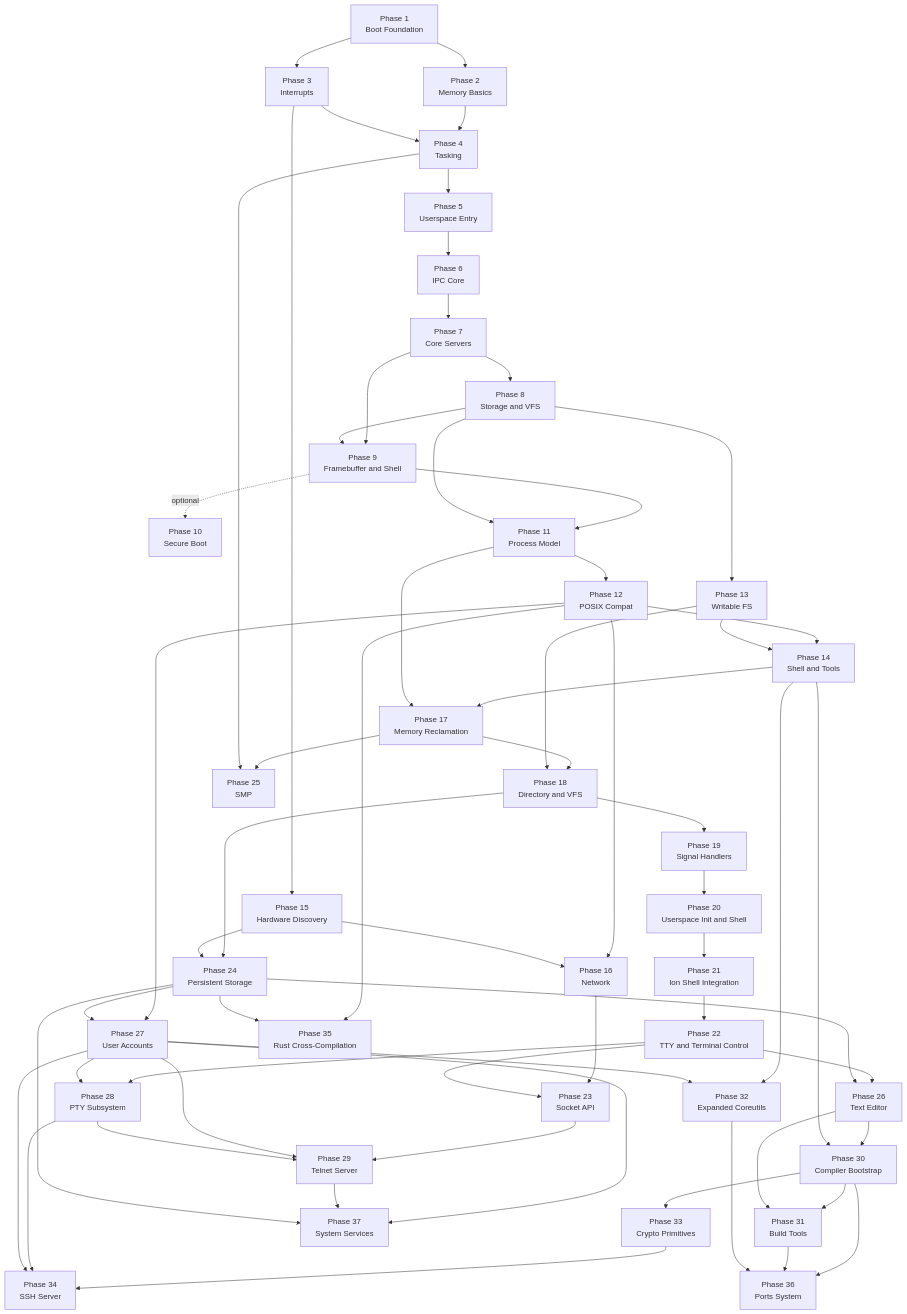
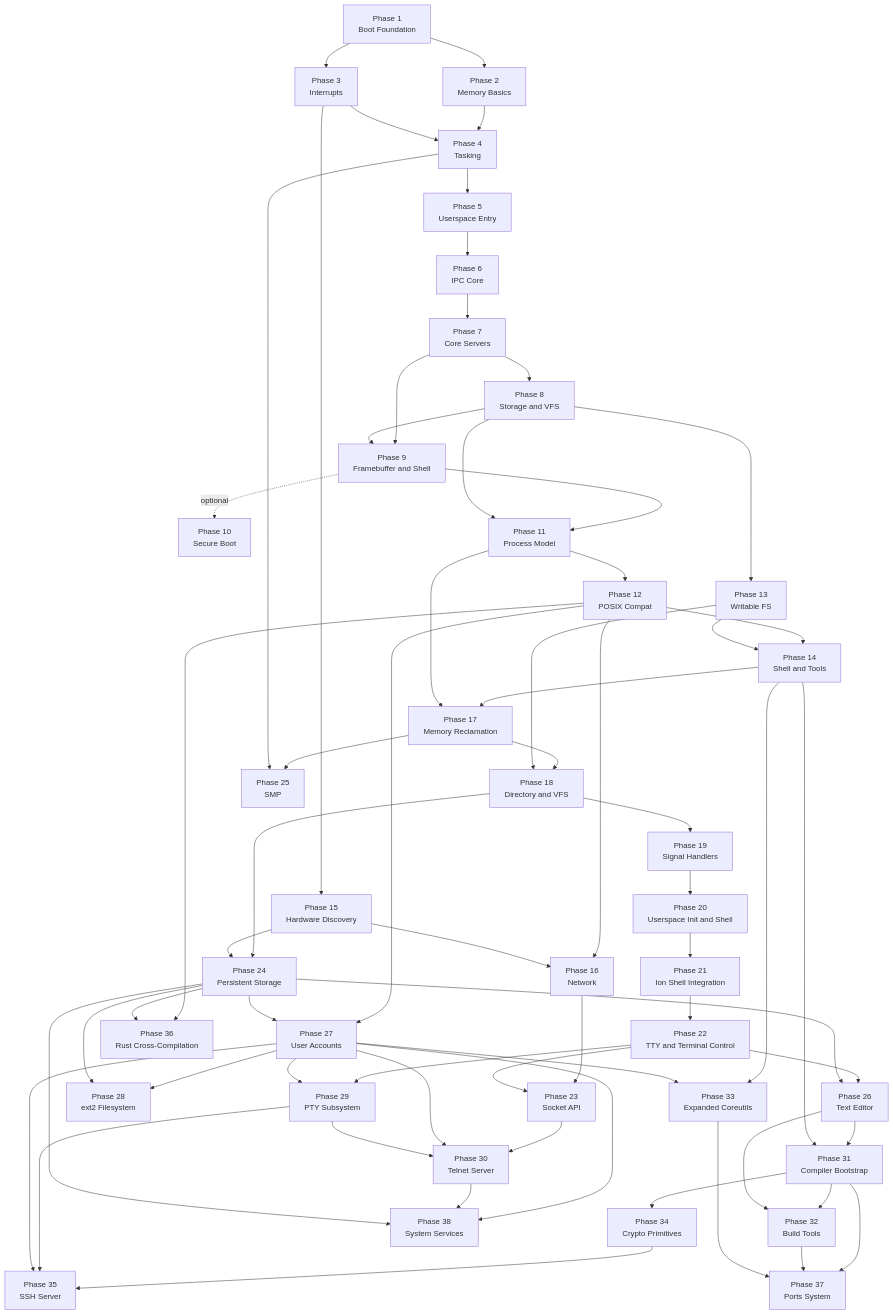
Before and after one commit to mikecubed/m3OS: the first of 2 diagrams in docs/roadmap/README.md, drawn with Mermaid. The commit also changed other lines of this file and 15 other files, not shown here.

First line of the commit message:
docs: Insert Phase 28 (ext2) and renumber Phases 28-37 → 29-38

````diff
--- a/docs/roadmap/README.md
+++ b/docs/roadmap/README.md
@@ -29,76 +29,78 @@
 ```mermaid
 flowchart TD
     P1["Phase 1<br/>Boot Foundation"]
     P2["Phase 2<br/>Memory Basics"]
     P3["Phase 3<br/>Interrupts"]
     P4["Phase 4<br/>Tasking"]
     P5["Phase 5<br/>Userspace Entry"]
     P6["Phase 6<br/>IPC Core"]
     P7["Phase 7<br/>Core Servers"]
     P8["Phase 8<br/>Storage and VFS"]
     P9["Phase 9<br/>Framebuffer and Shell"]
 
     P1 --> P2
     P1 --> P3
     P2 --> P4
     P3 --> P4
     P4 --> P5
     P5 --> P6
     P6 --> P7
     P7 --> P8
     P7 --> P9
     P8 --> P9
     P9 -.->|optional| P10["Phase 10<br/>Secure Boot"]
     P9 --> P11["Phase 11<br/>Process Model"]
     P8 --> P11
     P11 --> P12["Phase 12<br/>POSIX Compat"]
     P8 --> P13["Phase 13<br/>Writable FS"]
     P12 --> P14["Phase 14<br/>Shell and Tools"]
     P13 --> P14
     P3 --> P15["Phase 15<br/>Hardware Discovery"]
     P12 --> P16["Phase 16<br/>Network"]
     P15 --> P16
     P14 --> P17["Phase 17<br/>Memory Reclamation"]
     P11 --> P17
     P17 --> P18["Phase 18<br/>Directory and VFS"]
     P13 --> P18
     P18 --> P19["Phase 19<br/>Signal Handlers"]
     P19 --> P20["Phase 20<br/>Userspace Init and Shell"]
     P20 --> P21["Phase 21<br/>Ion Shell Integration"]
     P21 --> P22["Phase 22<br/>TTY and Terminal Control"]
     P16 --> P23["Phase 23<br/>Socket API"]
     P22 --> P23
     P18 --> P24["Phase 24<br/>Persistent Storage"]
     P15 --> P24
     P17 --> P25["Phase 25<br/>SMP"]
     P4 --> P25
 
     %% Productivity phases
     P22 --> P26["Phase 26<br/>Text Editor"]
     P24 --> P26
     P12 --> P27["Phase 27<br/>User Accounts"]
     P24 --> P27
-    P22 --> P28["Phase 28<br/>PTY Subsystem"]
-    P27 --> P28
-    P23 --> P29["Phase 29<br/>Telnet Server"]
+    P27 --> P28["Phase 28<br/>ext2 Filesystem"]
+    P24 --> P28
+    P22 --> P29["Phase 29<br/>PTY Subsystem"]
     P27 --> P29
-    P28 --> P29
-    P26 --> P30["Phase 30<br/>Compiler Bootstrap"]
-    P14 --> P30
-    P30 --> P31["Phase 31<br/>Build Tools"]
-    P26 --> P31
-    P14 --> P32["Phase 32<br/>Expanded Coreutils"]
-    P27 --> P32
-    P30 --> P33["Phase 33<br/>Crypto Primitives"]
-    P33 --> P34["Phase 34<br/>SSH Server"]
-    P28 --> P34
-    P27 --> P34
-    P12 --> P35["Phase 35<br/>Rust Cross-Compilation"]
-    P24 --> P35
-    P30 --> P36["Phase 36<br/>Ports System"]
-    P31 --> P36
-    P32 --> P36
-    P27 --> P37["Phase 37<br/>System Services"]
-    P29 --> P37
-    P24 --> P37
+    P23 --> P30["Phase 30<br/>Telnet Server"]
+    P27 --> P30
+    P29 --> P30
+    P26 --> P31["Phase 31<br/>Compiler Bootstrap"]
+    P14 --> P31
+    P31 --> P32["Phase 32<br/>Build Tools"]
+    P26 --> P32
+    P14 --> P33["Phase 33<br/>Expanded Coreutils"]
+    P27 --> P33
+    P31 --> P34["Phase 34<br/>Crypto Primitives"]
+    P34 --> P35["Phase 35<br/>SSH Server"]
+    P29 --> P35
+    P27 --> P35
+    P12 --> P36["Phase 36<br/>Rust Cross-Compilation"]
+    P24 --> P36
+    P31 --> P37["Phase 37<br/>Ports System"]
+    P32 --> P37
+    P33 --> P37
+    P27 --> P38["Phase 38<br/>System Services"]
+    P30 --> P38
+    P24 --> P38
 ```
````
